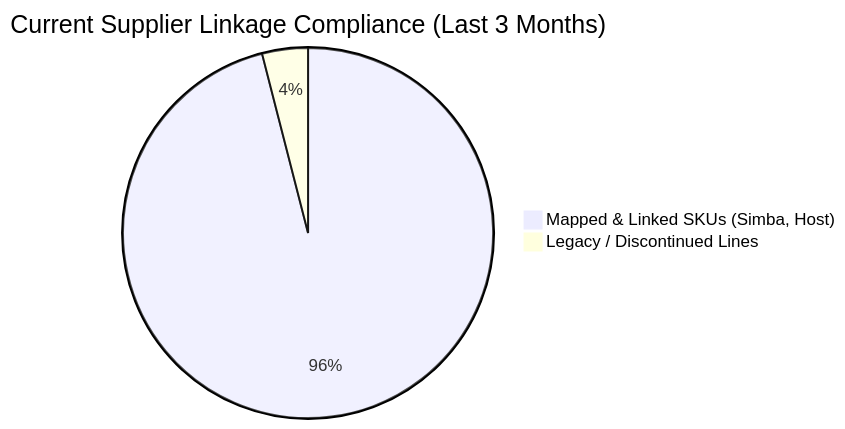
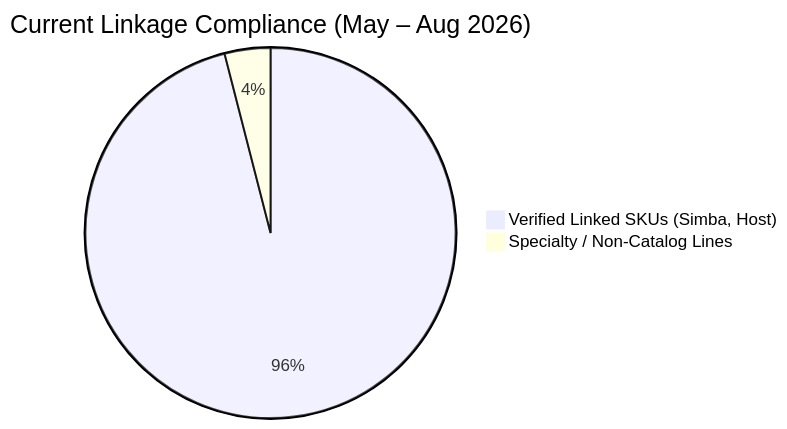
One commit to SPLGit-Project/ProcureFlow-App changed the fourth of 7 diagrams in docs/PROCUREFLOW_DEVELOPMENT_ACTION_PLAN.md. Above: the diagram before and after it, drawn with Mermaid. The commit also changed other lines of this file and 1 other file, not shown here.

````diff
--- a/docs/PROCUREFLOW_DEVELOPMENT_ACTION_PLAN.md
+++ b/docs/PROCUREFLOW_DEVELOPMENT_ACTION_PLAN.md
@@ -82,5 +83,5 @@
 ```mermaid
-pie title Current Supplier Linkage Compliance (Last 3 Months)
-    "Mapped & Linked SKUs (Simba, Host)" : 96
-    "Legacy / Discontinued Lines" : 4
+pie title Current Linkage Compliance (May – Aug 2026)
+    "Verified Linked SKUs (Simba, Host)" : 96
+    "Specialty / Non-Catalog Lines" : 4
 ```
````
